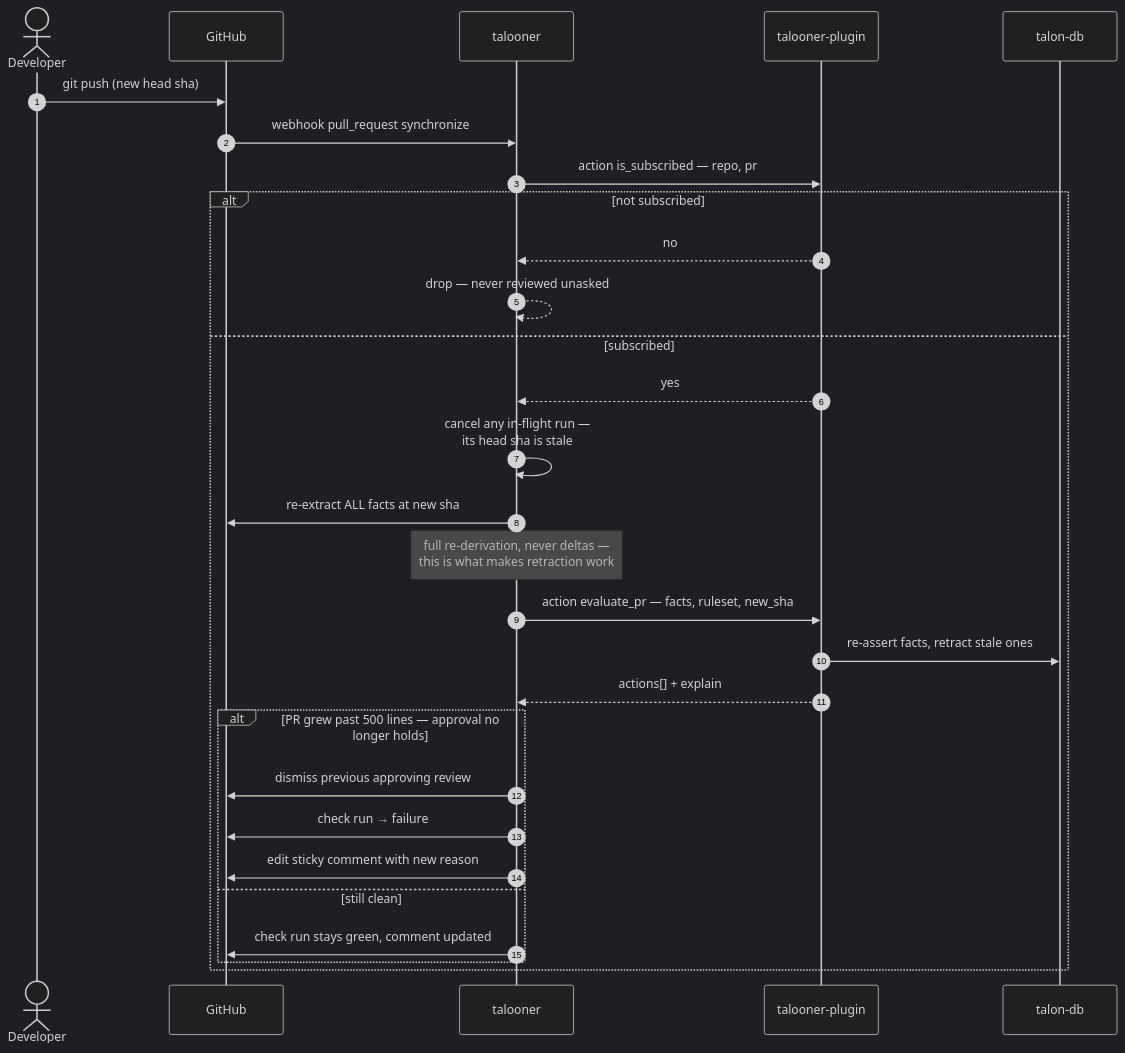
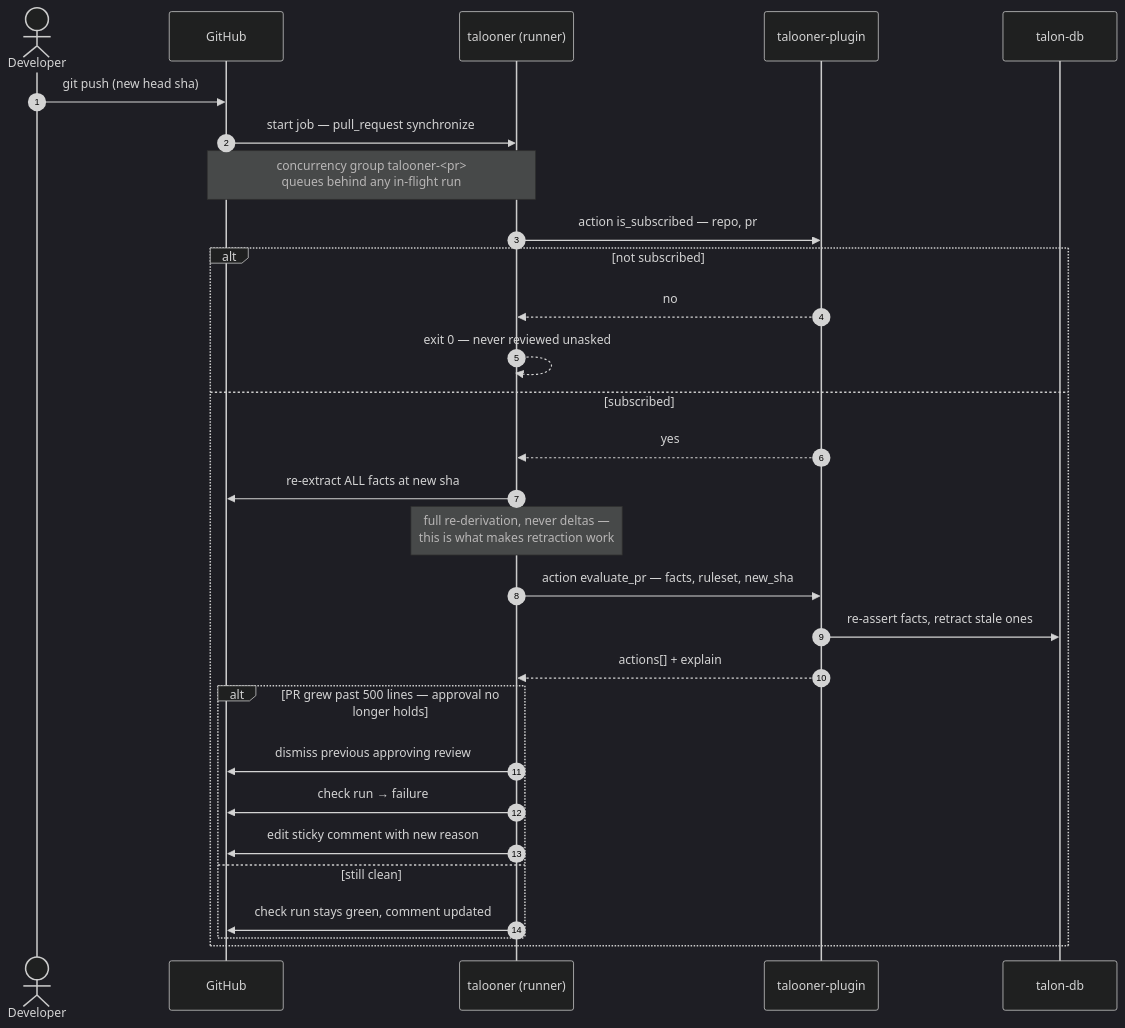
The fifth of 10 diagrams in diagrams.md (opentalon/talooner), drawn with Mermaid (dark theme) before and after one commit. The commit also changed other lines of this file and 7 other files, not shown here.

````diff
--- a/diagrams.md
+++ b/diagrams.md
@@ -245,35 +258,35 @@
 ```mermaid
 sequenceDiagram
     autonumber
     actor Dev as Developer
     participant GH as GitHub
-    participant Bot as talooner
+    participant Bot as talooner (runner)
     participant Plug as talooner-plugin
     participant DB as talon-db
 
     Dev->>GH: git push (new head sha)
-    GH->>Bot: webhook pull_request synchronize
+    GH->>Bot: start job — pull_request synchronize
+    Note over GH,Bot: concurrency group talooner-<pr><br/>queues behind any in-flight run
     Bot->>Plug: action is_subscribed — repo, pr
 
     alt not subscribed
         Plug-->>Bot: no
-        Bot-->>Bot: drop — never reviewed unasked
+        Bot-->>Bot: exit 0 — never reviewed unasked
     else subscribed
         Plug-->>Bot: yes
-        Bot->>Bot: cancel any in-flight run —<br/>its head sha is stale
         Bot->>GH: re-extract ALL facts at new sha
         Note over Bot: full re-derivation, never deltas —<br/>this is what makes retraction work
 
         Bot->>Plug: action evaluate_pr — facts, ruleset, new_sha
         Plug->>DB: re-assert facts, retract stale ones
         Plug-->>Bot: actions[] + explain
 
         alt PR grew past 500 lines — approval no longer holds
             Bot->>GH: dismiss previous approving review
             Bot->>GH: check run → failure
             Bot->>GH: edit sticky comment with new reason
         else still clean
             Bot->>GH: check run stays green, comment updated
         end
     end
 ```
````
